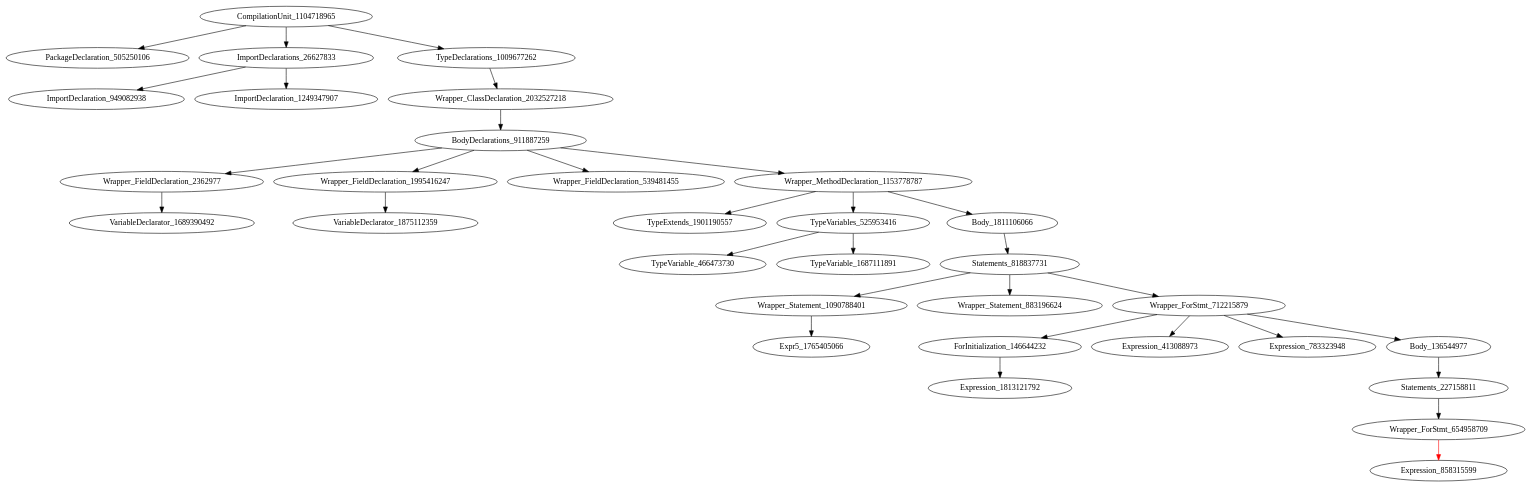
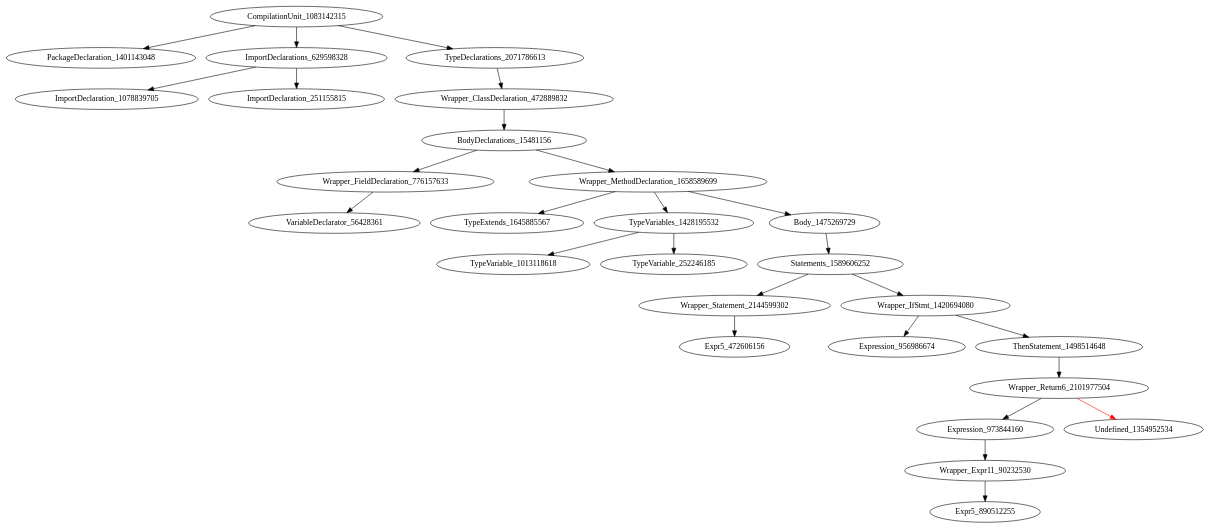
The diagram in holeAST.dot (icse2023material/VoiceJava), drawn with Graphviz before and after one commit. The commit also changed 5 other files, not shown here.

Commit message:
[add] return expr generation in other statements

```diff
--- a/holeAST.dot
+++ b/holeAST.dot
@@ -1,33 +1,28 @@
 digraph {
-CompilationUnit_1104718965 -> PackageDeclaration_505250106
-CompilationUnit_1104718965 -> ImportDeclarations_26627833
-CompilationUnit_1104718965 -> TypeDeclarations_1009677262
-ImportDeclarations_26627833 -> ImportDeclaration_949082938
-ImportDeclarations_26627833 -> ImportDeclaration_1249347907
-TypeDeclarations_1009677262 -> Wrapper_ClassDeclaration_2032527218
-Wrapper_ClassDeclaration_2032527218 -> BodyDeclarations_911887259
-BodyDeclarations_911887259 -> Wrapper_FieldDeclaration_2362977
-BodyDeclarations_911887259 -> Wrapper_FieldDeclaration_1995416247
-BodyDeclarations_911887259 -> Wrapper_FieldDeclaration_539481455
-BodyDeclarations_911887259 -> Wrapper_MethodDeclaration_1153778787
-Wrapper_FieldDeclaration_2362977 -> VariableDeclarator_1689390492
-Wrapper_FieldDeclaration_1995416247 -> VariableDeclarator_1875112359
-Wrapper_MethodDeclaration_1153778787 -> TypeExtends_1901190557
-Wrapper_MethodDeclaration_1153778787 -> TypeVariables_525953416
-Wrapper_MethodDeclaration_1153778787 -> Body_1811106066
-TypeVariables_525953416 -> TypeVariable_466473730
-TypeVariables_525953416 -> TypeVariable_1687111891
-Body_1811106066 -> Statements_818837731
-Statements_818837731 -> Wrapper_Statement_1090788401
-Statements_818837731 -> Wrapper_Statement_883196624
-Statements_818837731 -> Wrapper_ForStmt_712215879
-Wrapper_Statement_1090788401 -> Expr5_1765405066
-Wrapper_ForStmt_712215879 -> ForInitialization_146644232
-Wrapper_ForStmt_712215879 -> Expression_413088973
-Wrapper_ForStmt_712215879 -> Expression_783323948
-Wrapper_ForStmt_712215879 -> Body_136544977
-ForInitialization_146644232 -> Expression_1813121792
-Body_136544977 -> Statements_227158811
-Statements_227158811 -> Wrapper_ForStmt_654958709
-Wrapper_ForStmt_654958709 -> Expression_858315599 [color = red] 
+CompilationUnit_1083142315 -> PackageDeclaration_1401143048
+CompilationUnit_1083142315 -> ImportDeclarations_629598328
+CompilationUnit_1083142315 -> TypeDeclarations_2071786613
+ImportDeclarations_629598328 -> ImportDeclaration_1078839705
+ImportDeclarations_629598328 -> ImportDeclaration_251155815
+TypeDeclarations_2071786613 -> Wrapper_ClassDeclaration_472889832
+Wrapper_ClassDeclaration_472889832 -> BodyDeclarations_15481156
+BodyDeclarations_15481156 -> Wrapper_FieldDeclaration_776157633
+BodyDeclarations_15481156 -> Wrapper_MethodDeclaration_1658589699
+Wrapper_FieldDeclaration_776157633 -> VariableDeclarator_56428361
+Wrapper_MethodDeclaration_1658589699 -> TypeExtends_1645885567
+Wrapper_MethodDeclaration_1658589699 -> TypeVariables_1428195532
+Wrapper_MethodDeclaration_1658589699 -> Body_1475269729
+TypeVariables_1428195532 -> TypeVariable_1013118618
+TypeVariables_1428195532 -> TypeVariable_252246185
+Body_1475269729 -> Statements_1589606252
+Statements_1589606252 -> Wrapper_Statement_2144599302
+Statements_1589606252 -> Wrapper_IfStmt_1420694080
+Wrapper_Statement_2144599302 -> Expr5_472606156
+Wrapper_IfStmt_1420694080 -> Expression_956986674
+Wrapper_IfStmt_1420694080 -> ThenStatement_1498514648
+ThenStatement_1498514648 -> Wrapper_Return6_2101977504
+Wrapper_Return6_2101977504 -> Expression_973844160
+Wrapper_Return6_2101977504 -> Undefined_1354952534 [color = red] 
+Expression_973844160 -> Wrapper_Expr11_90232530
+Wrapper_Expr11_90232530 -> Expr5_890512255
 }
```
